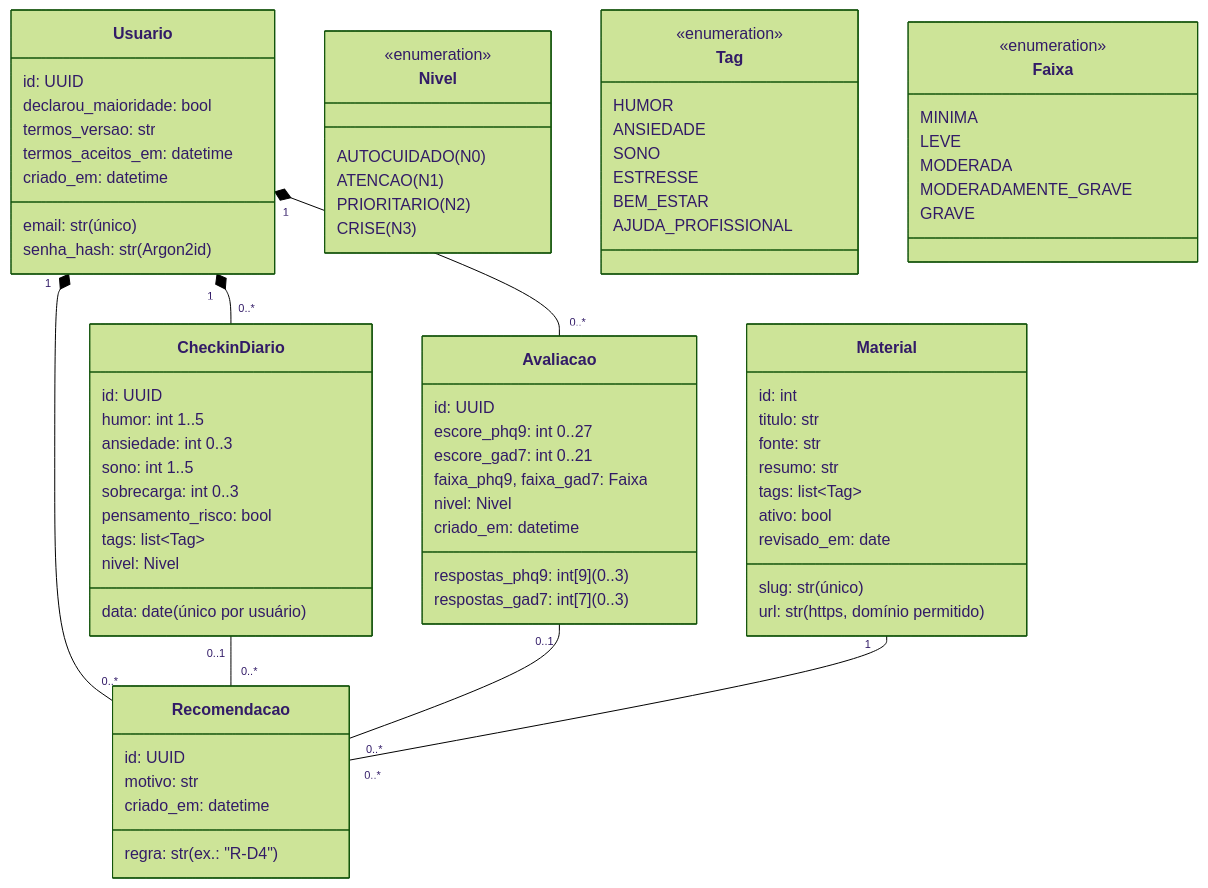
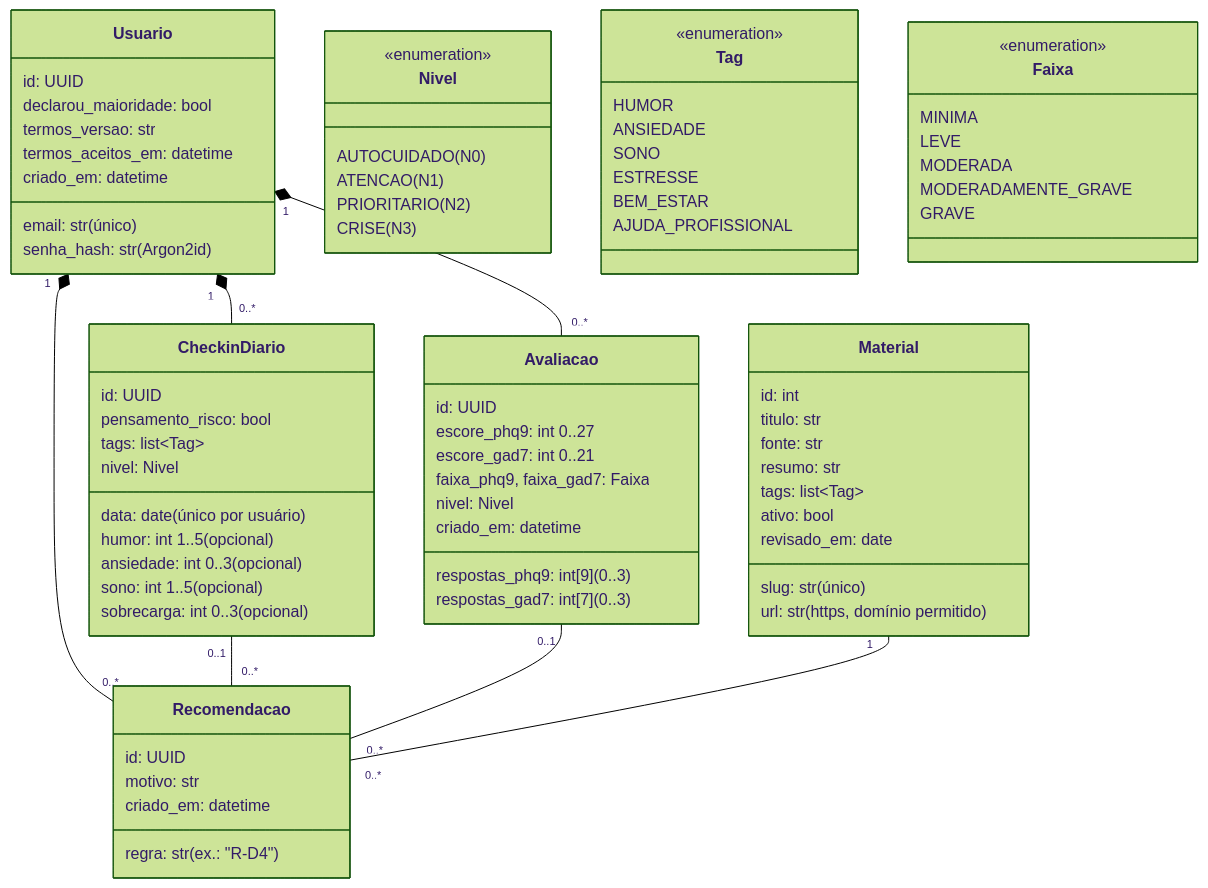
Before and after one commit to FGA0138-MDS-Ajax/2026.2-T03-Lamport: the sixth of 8 diagrams in docs/arquitetura.md, drawn with Mermaid (forest theme). The commit also changed other lines of this file and 4 other files, not shown here.

````diff
--- a/docs/arquitetura.md
+++ b/docs/arquitetura.md
@@ -295,80 +292,80 @@
 ```mermaid
 classDiagram
     class Usuario {
         id: UUID
         email: str (único)
         senha_hash: str (Argon2id)
         declarou_maioridade: bool
         termos_versao: str
         termos_aceitos_em: datetime
         criado_em: datetime
     }
     class CheckinDiario {
         id: UUID
         data: date (único por usuário)
-        humor: int 1..5
-        ansiedade: int 0..3
-        sono: int 1..5
-        sobrecarga: int 0..3
+        humor: int 1..5 (opcional)
+        ansiedade: int 0..3 (opcional)
+        sono: int 1..5 (opcional)
+        sobrecarga: int 0..3 (opcional)
         pensamento_risco: bool
         tags: list~Tag~
         nivel: Nivel
     }
     class Avaliacao {
         id: UUID
         respostas_phq9: int[9] (0..3)
         respostas_gad7: int[7] (0..3)
         escore_phq9: int 0..27
         escore_gad7: int 0..21
         faixa_phq9, faixa_gad7: Faixa
         nivel: Nivel
         criado_em: datetime
     }
     class Recomendacao {
         id: UUID
         regra: str (ex.: "R-D4")
         motivo: str
         criado_em: datetime
     }
     class Material {
         id: int
         slug: str (único)
         titulo: str
         url: str (https, domínio permitido)
         fonte: str
         resumo: str
         tags: list~Tag~
         ativo: bool
         revisado_em: date
     }
     class Nivel {
         <<enumeration>>
         AUTOCUIDADO (N0)
         ATENCAO (N1)
         PRIORITARIO (N2)
         CRISE (N3)
     }
     class Tag {
         <<enumeration>>
         HUMOR
         ANSIEDADE
         SONO
         ESTRESSE
         BEM_ESTAR
         AJUDA_PROFISSIONAL
     }
     class Faixa {
         <<enumeration>>
         MINIMA
         LEVE
         MODERADA
         MODERADAMENTE_GRAVE
         GRAVE
     }
     Usuario "1" *-- "0..*" CheckinDiario
     Usuario "1" *-- "0..*" Avaliacao
     Usuario "1" *-- "0..*" Recomendacao
     CheckinDiario "0..1" -- "0..*" Recomendacao
     Avaliacao "0..1" -- "0..*" Recomendacao
     Material "1" -- "0..*" Recomendacao
 ```
````
